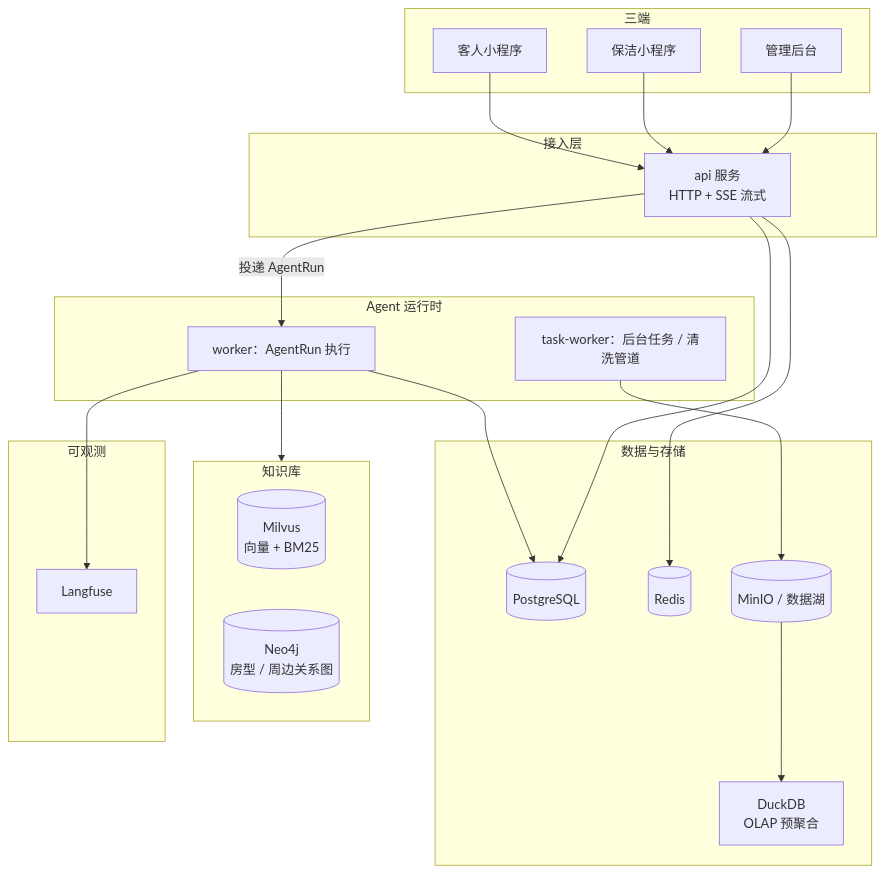
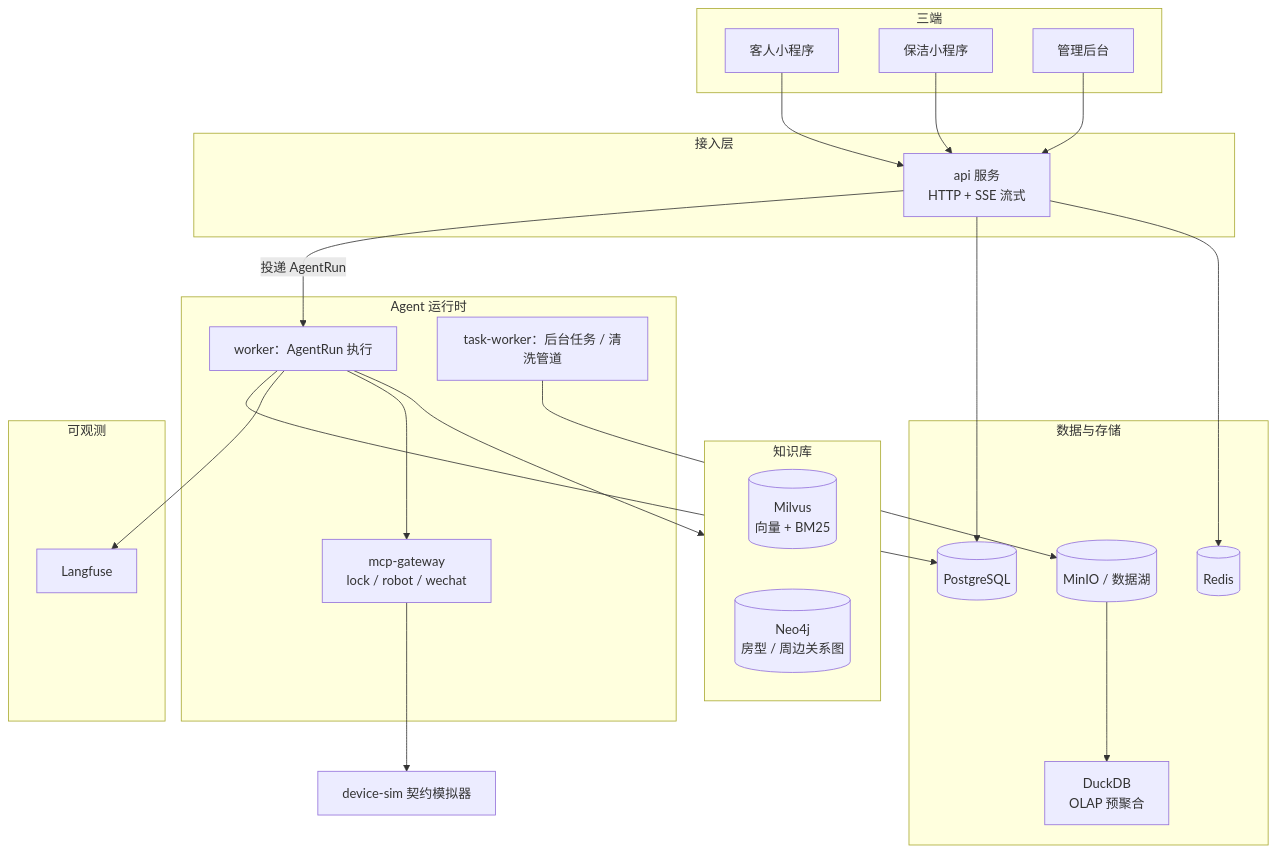
One commit to haochenyaka/haochen changed the diagram in README.md. Above: the diagram before and after it, drawn with Mermaid. The commit also changed other lines of this file and 24 other files, not shown here.

````diff
--- a/README.md
+++ b/README.md
@@ -41,41 +43,43 @@
 ```mermaid
 flowchart TB
     subgraph Clients["三端"]
         G["客人小程序"]
         S["保洁小程序"]
         A["管理后台"]
     end
 
     subgraph Edge["接入层"]
         API["api 服务<br/>HTTP + SSE 流式"]
     end
 
     subgraph Runtime["Agent 运行时"]
         W["worker：AgentRun 执行"]
         TW["task-worker：后台任务 / 清洗管道"]
+        MG["mcp-gateway<br/>lock / robot / wechat"]
     end
 
     subgraph Knowledge["知识库"]
         MV[("Milvus<br/>向量 + BM25")]
         N4[("Neo4j<br/>房型 / 周边关系图")]
     end
 
     subgraph Data["数据与存储"]
         PG[("PostgreSQL")]
         RD[("Redis")]
         MO[("MinIO / 数据湖")]
         DK["DuckDB<br/>OLAP 预聚合"]
     end
 
     subgraph Observe["可观测"]
         LF["Langfuse"]
     end
 
     G & S & A --> API
     API -->|"投递 AgentRun"| W
     W --> Knowledge
     W --> PG
     W --> LF
     TW --> MO --> DK
+    W --> MG --> DS["device-sim 契约模拟器"]
     API --> PG & RD
 ```
````
